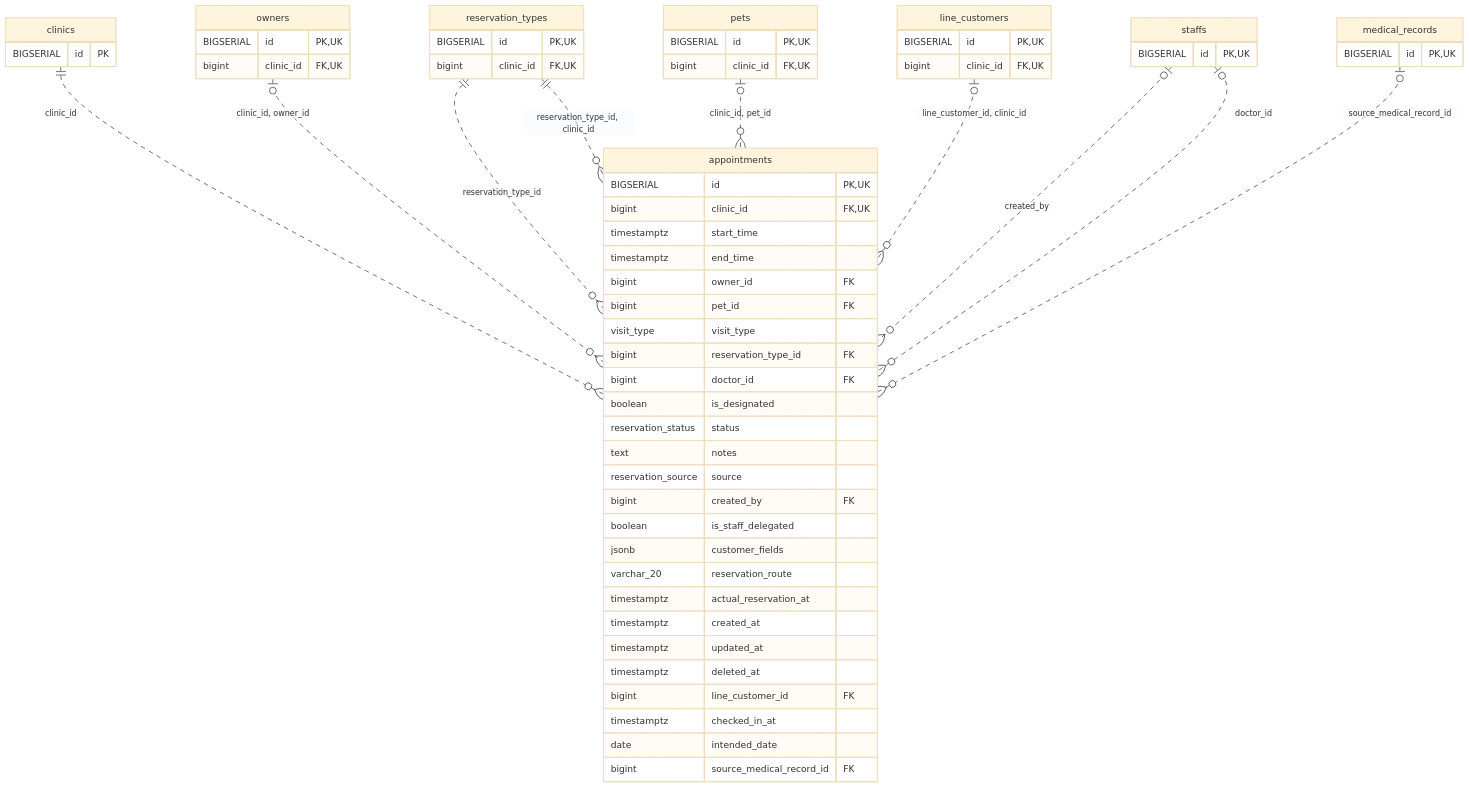
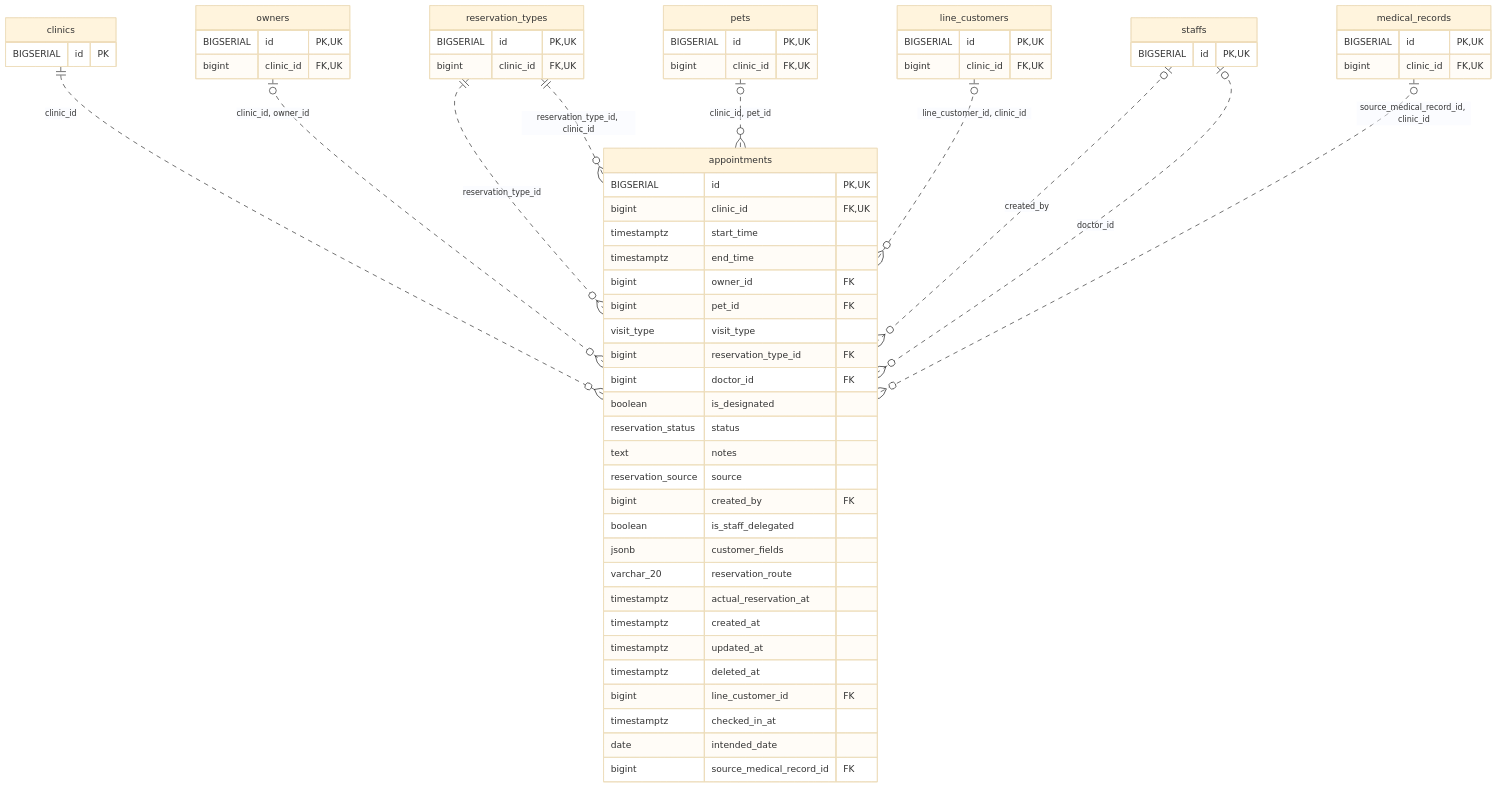
One commit to MinoruSoga/AnimalEkarte changed the diagram in docs/architecture/erd-detail/appointments.md. Above: the diagram before and after it, drawn with Mermaid (base theme). The commit also changed other lines of this file and 4 other files, not shown here.

First line of the commit message:
fix(ci): migration 031 の整合性検査をレビューし ERD を同期

````diff
--- a/docs/architecture/erd-detail/appointments.md
+++ b/docs/architecture/erd-detail/appointments.md
@@ -48,64 +48,65 @@
 ```mermaid
 erDiagram
     appointments {
         BIGSERIAL id PK,UK
         bigint clinic_id FK,UK
         timestamptz start_time
         timestamptz end_time
         bigint owner_id FK
         bigint pet_id FK
         visit_type visit_type
         bigint reservation_type_id FK
         bigint doctor_id FK
         boolean is_designated
         reservation_status status
         text notes
         reservation_source source
         bigint created_by FK
         boolean is_staff_delegated
         jsonb customer_fields
         varchar_20 reservation_route
         timestamptz actual_reservation_at
         timestamptz created_at
         timestamptz updated_at
         timestamptz deleted_at
         bigint line_customer_id FK
         timestamptz checked_in_at
         date intended_date
         bigint source_medical_record_id FK
     }
     clinics {
         BIGSERIAL id PK
     }
     line_customers {
         BIGSERIAL id PK,UK
         bigint clinic_id FK,UK
     }
     medical_records {
         BIGSERIAL id PK,UK
+        bigint clinic_id FK,UK
     }
     owners {
         BIGSERIAL id PK,UK
         bigint clinic_id FK,UK
     }
     pets {
         BIGSERIAL id PK,UK
         bigint clinic_id FK,UK
     }
     reservation_types {
         BIGSERIAL id PK,UK
         bigint clinic_id FK,UK
     }
     staffs {
         BIGSERIAL id PK,UK
     }
     clinics ||..o{ appointments : "clinic_id"
     reservation_types ||..o{ appointments : "reservation_type_id"
     owners o|..o{ appointments : "clinic_id, owner_id"
     pets o|..o{ appointments : "clinic_id, pet_id"
     reservation_types ||..o{ appointments : "reservation_type_id, clinic_id"
     line_customers o|..o{ appointments : "line_customer_id, clinic_id"
     staffs o|..o{ appointments : "created_by"
     staffs o|..o{ appointments : "doctor_id"
-    medical_records o|..o{ appointments : "source_medical_record_id"
+    medical_records o|..o{ appointments : "source_medical_record_id, clinic_id"
 ```
````
